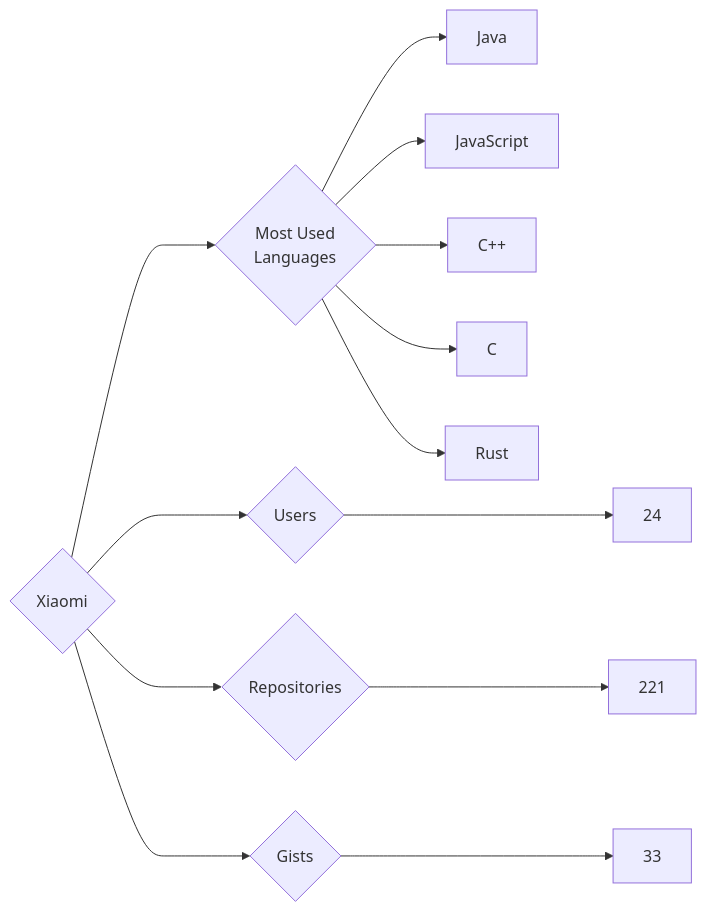
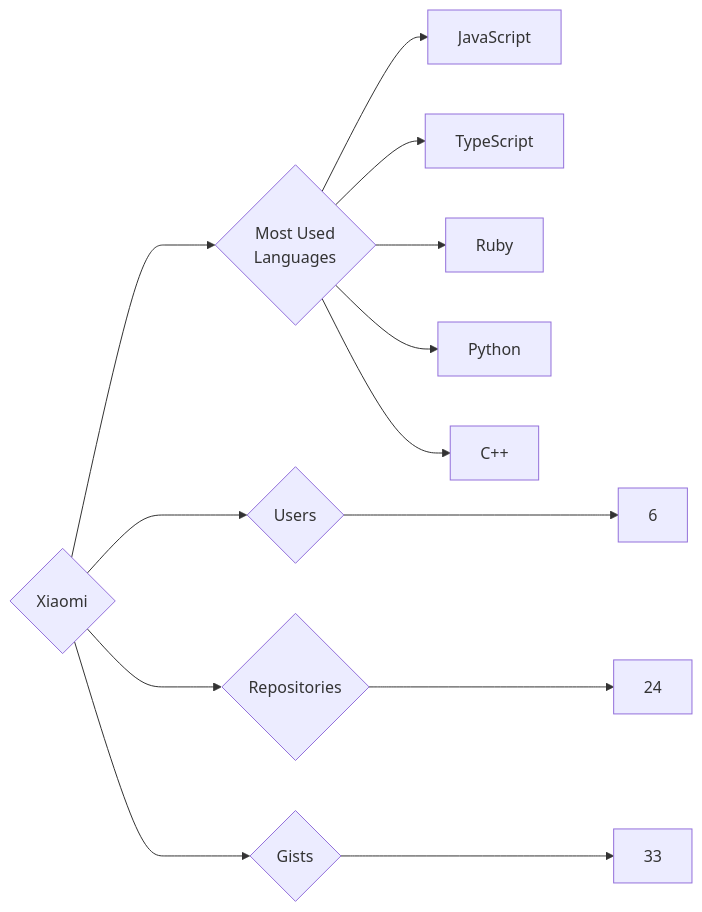
The diagram in targets/Xiaomi/README.md (trickest/insiders), drawn with Mermaid before and after one commit. The commit also changed 1496 other files, not shown here.

````diff
--- a/targets/Xiaomi/README.md
+++ b/targets/Xiaomi/README.md
@@ -3,13 +3,13 @@
 ```mermaid
 graph LR
 COMPANY_NAME{Xiaomi}
-COMPANY_NAME ---> U{Users} ---> UN[24]
-COMPANY_NAME ---> R{Repositories} ---> RN[221]
+COMPANY_NAME ---> U{Users} ---> UN[6]
+COMPANY_NAME ---> R{Repositories} ---> RN[24]
 COMPANY_NAME ---> G{Gists} ---> GN[33]
 COMPANY_NAME ---> ML{Most Used<br>Languages}
-ML --> Java[Java]
 ML --> JavaScript[JavaScript]
+ML --> TypeScript[TypeScript]
+ML --> Ruby[Ruby]
+ML --> Python[Python]
 ML --> C++[C++]
-ML --> C[C]
-ML --> Rust[Rust]
 ```
````
